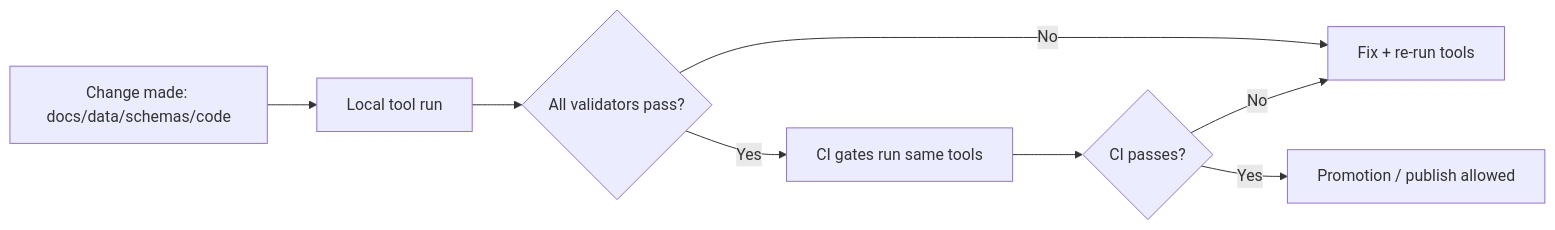
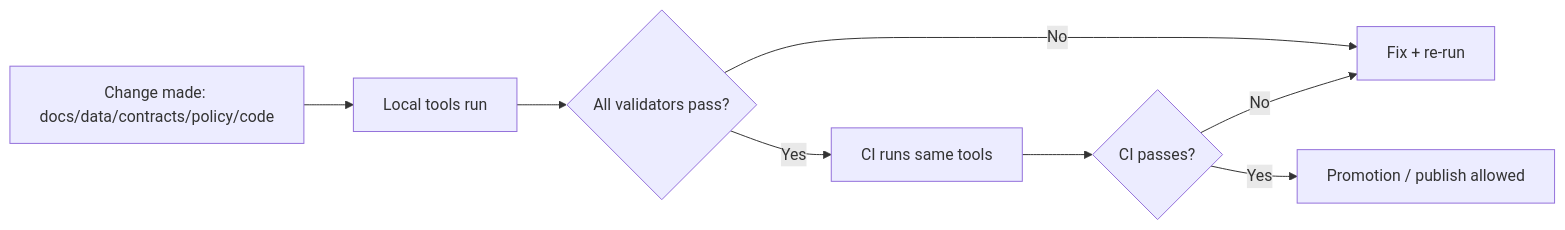
One commit to bartytime4life/Kansas-Frontier-Matrix changed the diagram in tools/README.md. Above: the diagram before and after it, drawn with Mermaid. The commit also changed other lines of this file, not shown here.

First line of the commit message:
Revise README for KFM tools with governance updates

````diff
--- a/tools/README.md
+++ b/tools/README.md
@@ -47,10 +82,10 @@
 ```mermaid
 flowchart LR
-  A[Change made: docs/data/schemas/code] --> B[Local tool run]
+  A[Change made: docs/data/contracts/policy/code] --> B[Local tools run]
   B --> C{All validators pass?}
-  C -- No --> D[Fix + re-run tools]
-  C -- Yes --> E[CI gates run same tools]
+  C -- No --> D[Fix + re-run]
+  C -- Yes --> E[CI runs same tools]
   E --> F{CI passes?}
   F -- No --> D
   F -- Yes --> G[Promotion / publish allowed]
 ```
````
